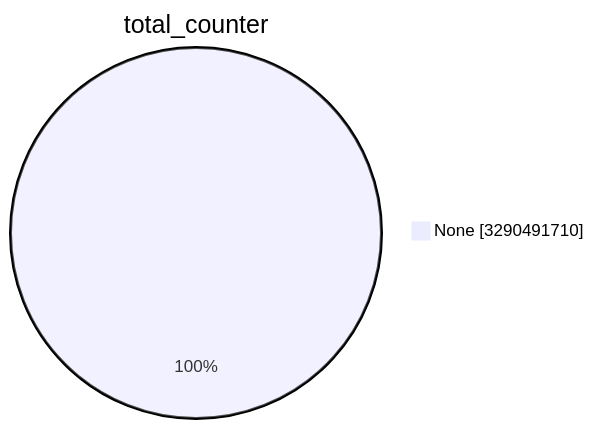
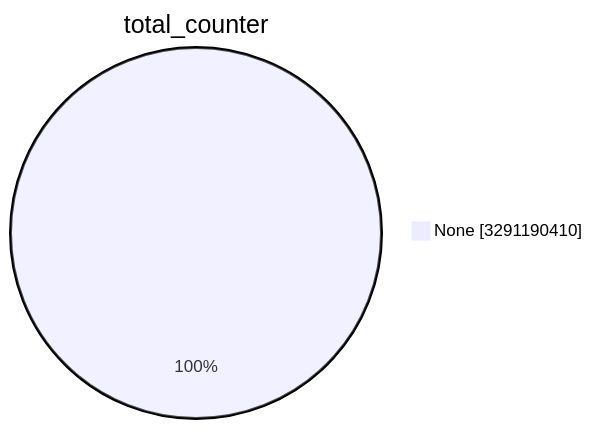
Before and after one commit to christiankrug/ctmonitor_visualization: the first of 15 diagrams in TOTAL/README.md, drawn with Mermaid. The commit also changed other lines of this file, not shown here.

````diff
--- a/TOTAL/README.md
+++ b/TOTAL/README.md
@@ -1,5 +1,5 @@
 ```mermaid
 pie showData
 title total_counter
-"None" :3290491710
+"None" :3291190410
 ```
````
